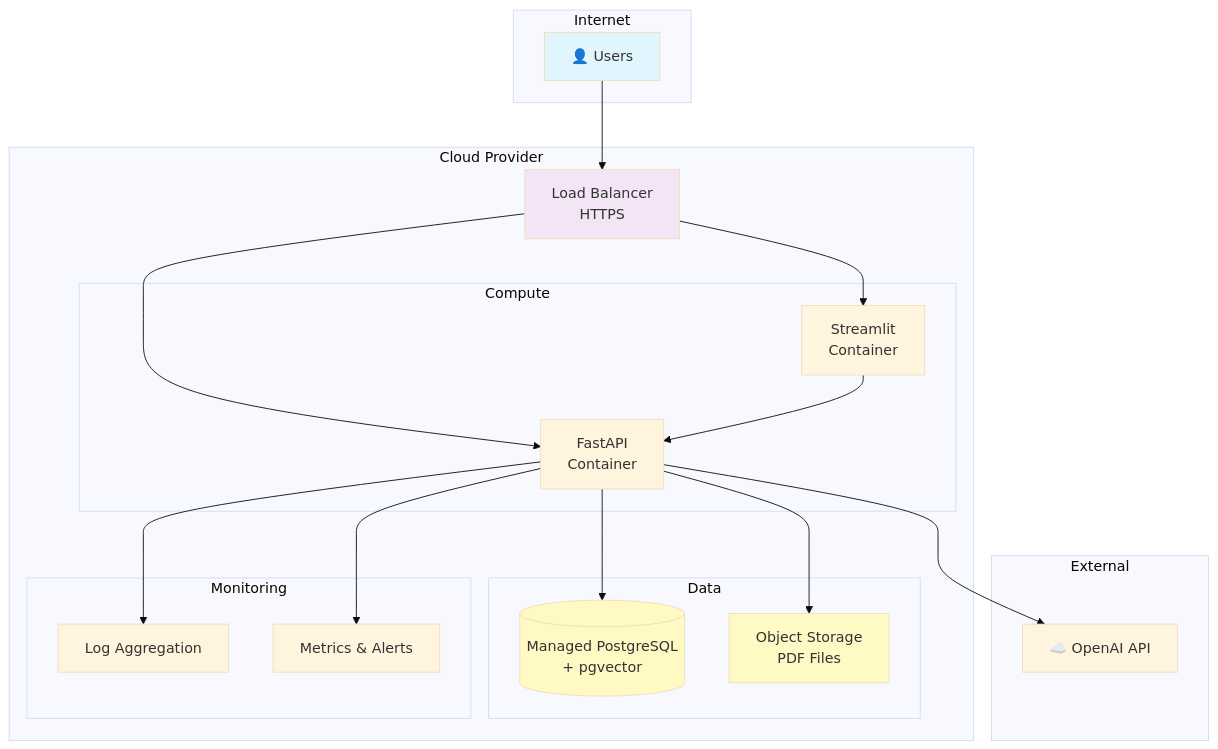
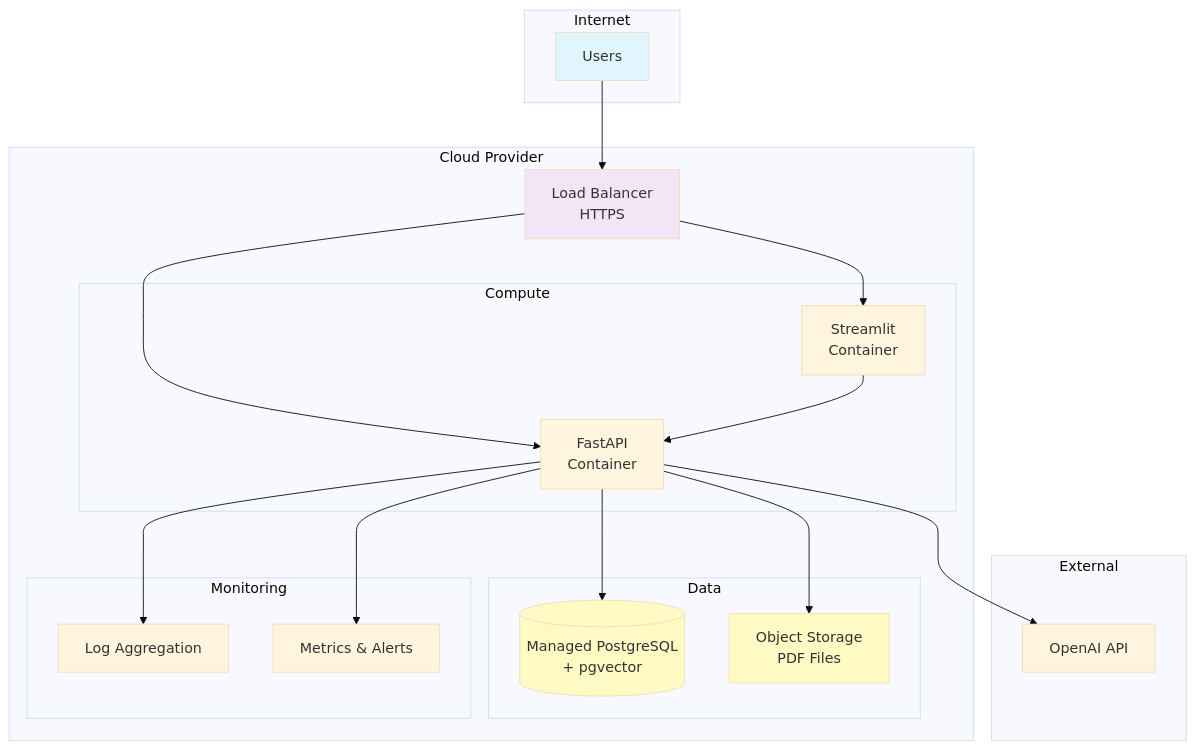
The third of 3 diagrams in docs/DEPLOYMENT.md (Samar-365/Financial-Document-Intelligence-RAG-Analytics-Platform), drawn with Mermaid (base theme) before and after one commit. The commit also changed other lines of this file and 19 other files, not shown here.

````diff
--- a/docs/DEPLOYMENT.md
+++ b/docs/DEPLOYMENT.md
@@ -478,44 +478,44 @@
 ```mermaid
 graph TB
     subgraph Internet
-        User[👤 Users]
+        User[ Users]
     end
     
     subgraph Cloud Provider
         LB[Load Balancer<br/>HTTPS]
         
         subgraph Compute
             FE[Streamlit<br/>Container]
             BE[FastAPI<br/>Container]
         end
         
         subgraph Data
             DB[(Managed PostgreSQL<br/>+ pgvector)]
             S3[Object Storage<br/>PDF Files]
         end
         
         subgraph Monitoring
             LOG[Log Aggregation]
             MON[Metrics & Alerts]
         end
     end
     
     subgraph External
-        OpenAI[☁️ OpenAI API]
+        OpenAI[ OpenAI API]
     end
     
     User --> LB
     LB --> FE
     LB --> BE
     FE --> BE
     BE --> DB
     BE --> S3
     BE --> OpenAI
     BE --> LOG
     BE --> MON
 
     style User fill:#e1f5fe
     style LB fill:#f3e5f5
     style DB fill:#fff9c4
     style S3 fill:#fff9c4
 ```
````
